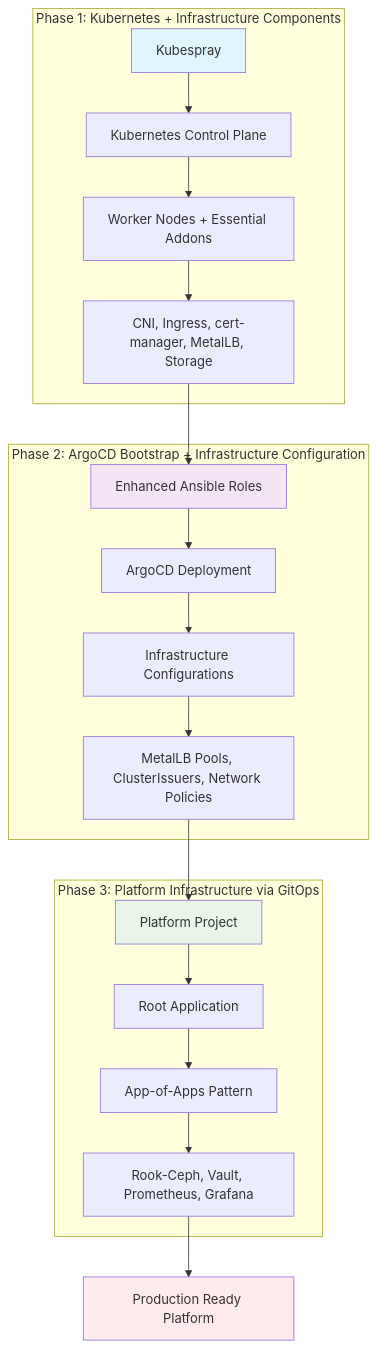
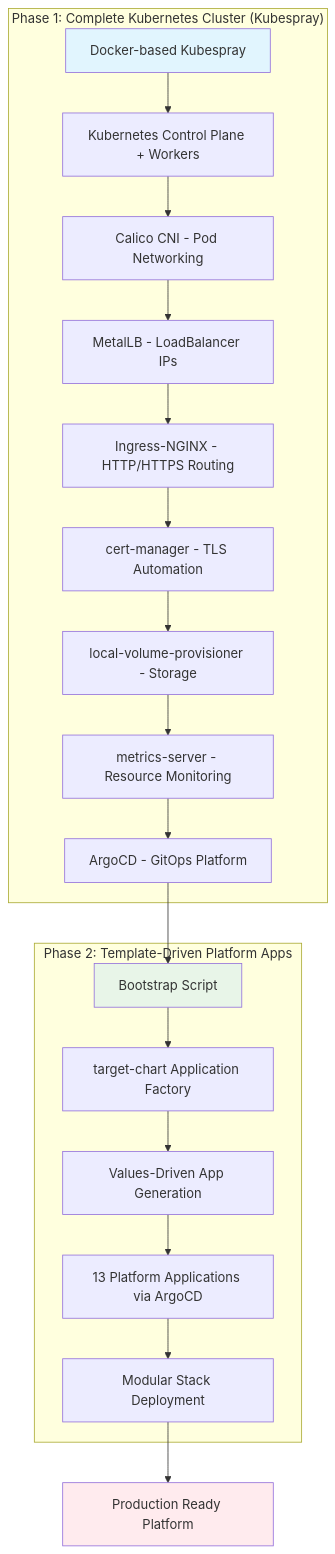
Before and after one commit to pnow-devsupreme/pn-infra: the first of 5 diagrams in v0.2.0/README.md, drawn with Mermaid. The commit also changed other lines of this file and 2 other files, not shown here.

Commit message:
docs(root): update documentation to better describe the current architecture details

````diff
--- a/v0.2.0/README.md
+++ b/v0.2.0/README.md
@@ -11,29 +13,27 @@
 ```mermaid
 graph TB
-    subgraph "Phase 1: Kubernetes + Infrastructure Components"
-        A[Kubespray] --> B[Kubernetes Control Plane]
-        B --> C[Worker Nodes + Essential Addons]
-        C --> D[CNI, Ingress, cert-manager, MetalLB, Storage]
+    subgraph "Phase 1: Complete Kubernetes Cluster (Kubespray)"
+        A[Docker-based Kubespray] --> B[Kubernetes Control Plane + Workers]
+        B --> C[Calico CNI - Pod Networking]
+        C --> D[MetalLB - LoadBalancer IPs]
+        D --> E[Ingress-NGINX - HTTP/HTTPS Routing]
+        E --> F[cert-manager - TLS Automation]
+        F --> G[local-volume-provisioner - Storage]
+        G --> H[metrics-server - Resource Monitoring]
+        H --> I[ArgoCD - GitOps Platform]
     end
     
-    subgraph "Phase 2: ArgoCD Bootstrap + Infrastructure Configuration"
-        E[Enhanced Ansible Roles] --> F[ArgoCD Deployment]
-        F --> G[Infrastructure Configurations]
-        G --> H[MetalLB Pools, ClusterIssuers, Network Policies]
+    subgraph "Phase 2: Template-Driven Platform Apps"
+        J[Bootstrap Script] --> K[target-chart Application Factory]
+        K --> L[Values-Driven App Generation]
+        L --> M[13 Platform Applications via ArgoCD]
+        M --> N[Modular Stack Deployment]
     end
     
-    subgraph "Phase 3: Platform Infrastructure via GitOps"
-        I[Platform Project] --> J[Root Application]
-        J --> K[App-of-Apps Pattern]
-        K --> L[Rook-Ceph, Vault, Prometheus, Grafana]
-    end
-    
-    D --> E
-    H --> I
-    L --> M[Production Ready Platform]
+    I --> J
+    N --> O[Production Ready Platform]
     
     style A fill:#e1f5fe
-    style E fill:#f3e5f5
-    style I fill:#e8f5e8
-    style M fill:#ffebee
+    style J fill:#e8f5e8
+    style O fill:#ffebee
 ```
````
